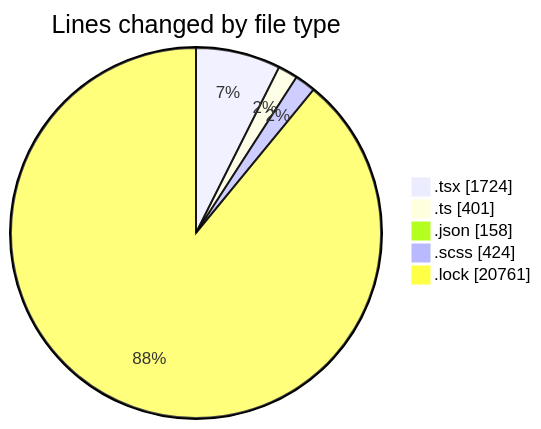
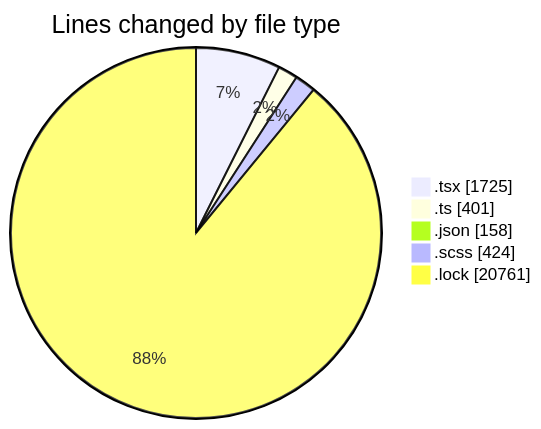
Before and after one commit to momahboobian/code-tracking: the first of 2 diagrams in 2025-04-29/cda/README.md, drawn with Mermaid. The commit also changed other lines of this file and 1 other file, not shown here.

````diff
--- a/2025-04-29/cda/README.md
+++ b/2025-04-29/cda/README.md
@@ -43,9 +43,9 @@
 ```mermaid
 pie showData
 title Lines changed by file type
-".tsx" : 1724
+".tsx" : 1725
 ".ts" : 401
 ".json" : 158
 ".scss" : 424
 ".lock" : 20761
 ```
````
